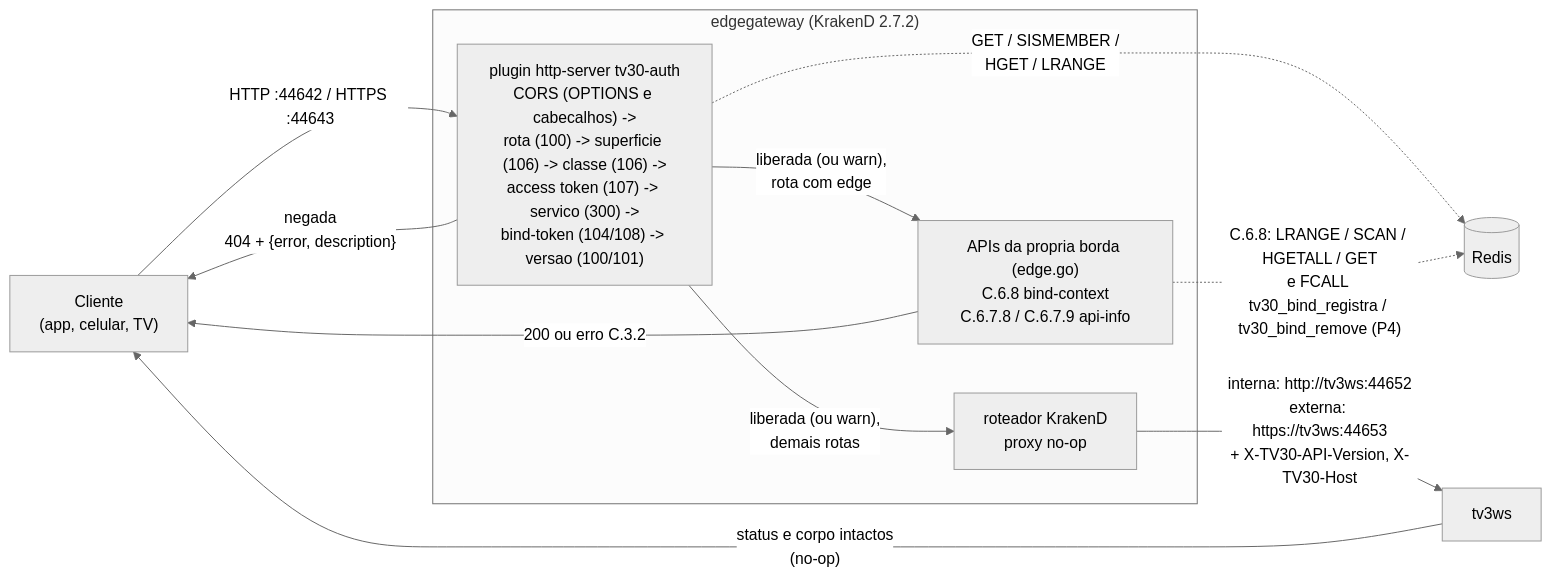
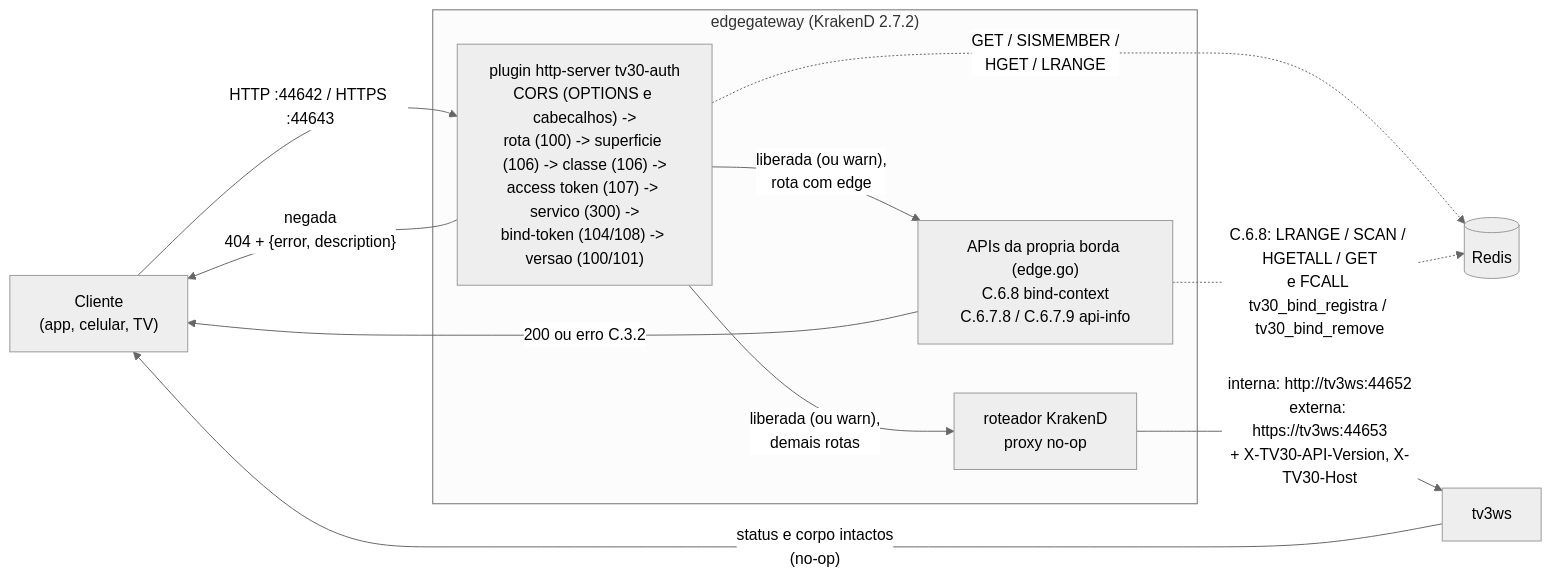
One commit to multisens/Infra changed the first of 2 diagrams in docs/04-pipeline-http.md. Above: the diagram before and after it, drawn with Mermaid (neutral theme). The commit also changed other lines of this file and 16 other files, not shown here.

````diff
--- a/docs/04-pipeline-http.md
+++ b/docs/04-pipeline-http.md
@@ -26,19 +20,19 @@
 ```mermaid
 flowchart LR
     C["Cliente<br/>(app, celular, TV)"] -->|"HTTP :44642 / HTTPS :44643"| P
 
     subgraph EDGE["edgegateway (KrakenD 2.7.2)"]
         P["plugin http-server tv30-auth<br/>CORS (OPTIONS e cabecalhos) -><br/>rota (100) -> superficie (106) -> classe (106) -><br/>access token (107) -> servico (300) -><br/>bind-token (104/108) -> versao (100/101)"]
         A["APIs da propria borda (edge.go)<br/>C.6.8 bind-context<br/>C.6.7.8 / C.6.7.9 api-info"]
         G["roteador KrakenD<br/>proxy no-op"]
         P -->|"liberada (ou warn),<br/>rota com edge"| A
         P -->|"liberada (ou warn),<br/>demais rotas"| G
     end
 
     P -.->|"GET / SISMEMBER /<br/>HGET / LRANGE"| R[("Redis")]
-    A -.->|"C.6.8: LRANGE / SCAN / HGETALL / GET<br/>e FCALL tv30_bind_registra / tv30_bind_remove (P4)"| R
+    A -.->|"C.6.8: LRANGE / SCAN / HGETALL / GET<br/>e FCALL tv30_bind_registra / tv30_bind_remove"| R
     A -->|"200 ou erro C.3.2"| C
     P -->|"negada<br/>404 + {error, description}"| C
     G -->|"interna: http://tv3ws:44652<br/>externa: https://tv3ws:44653<br/>+ X-TV30-API-Version, X-TV30-Host"| T["tv3ws"]
     T -->|"status e corpo intactos<br/>(no-op)"| C
 ```
````
